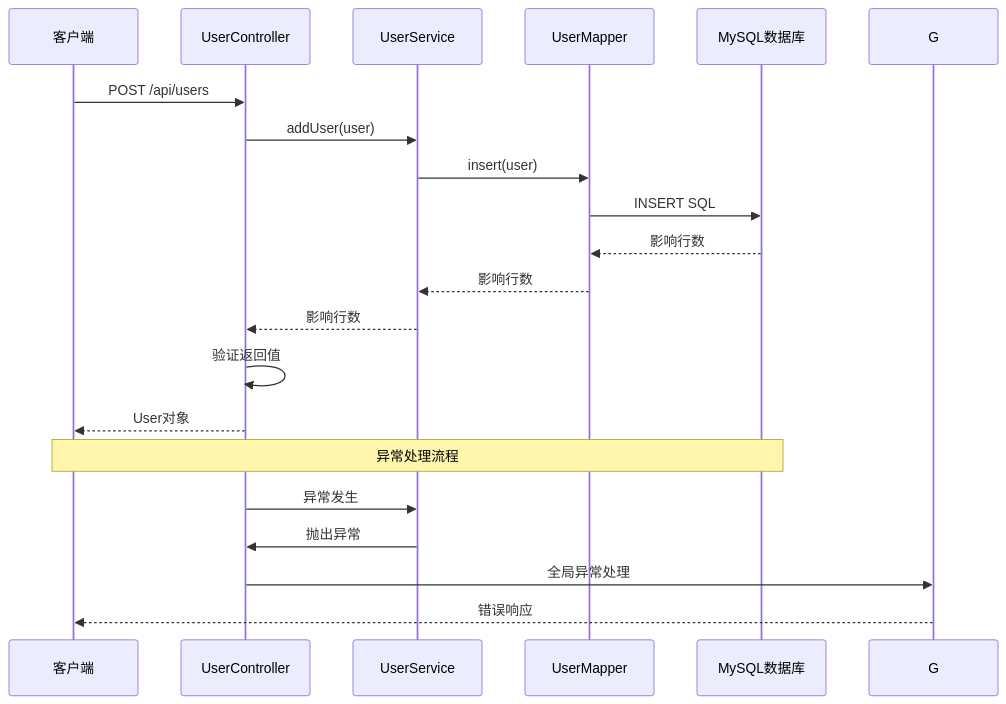
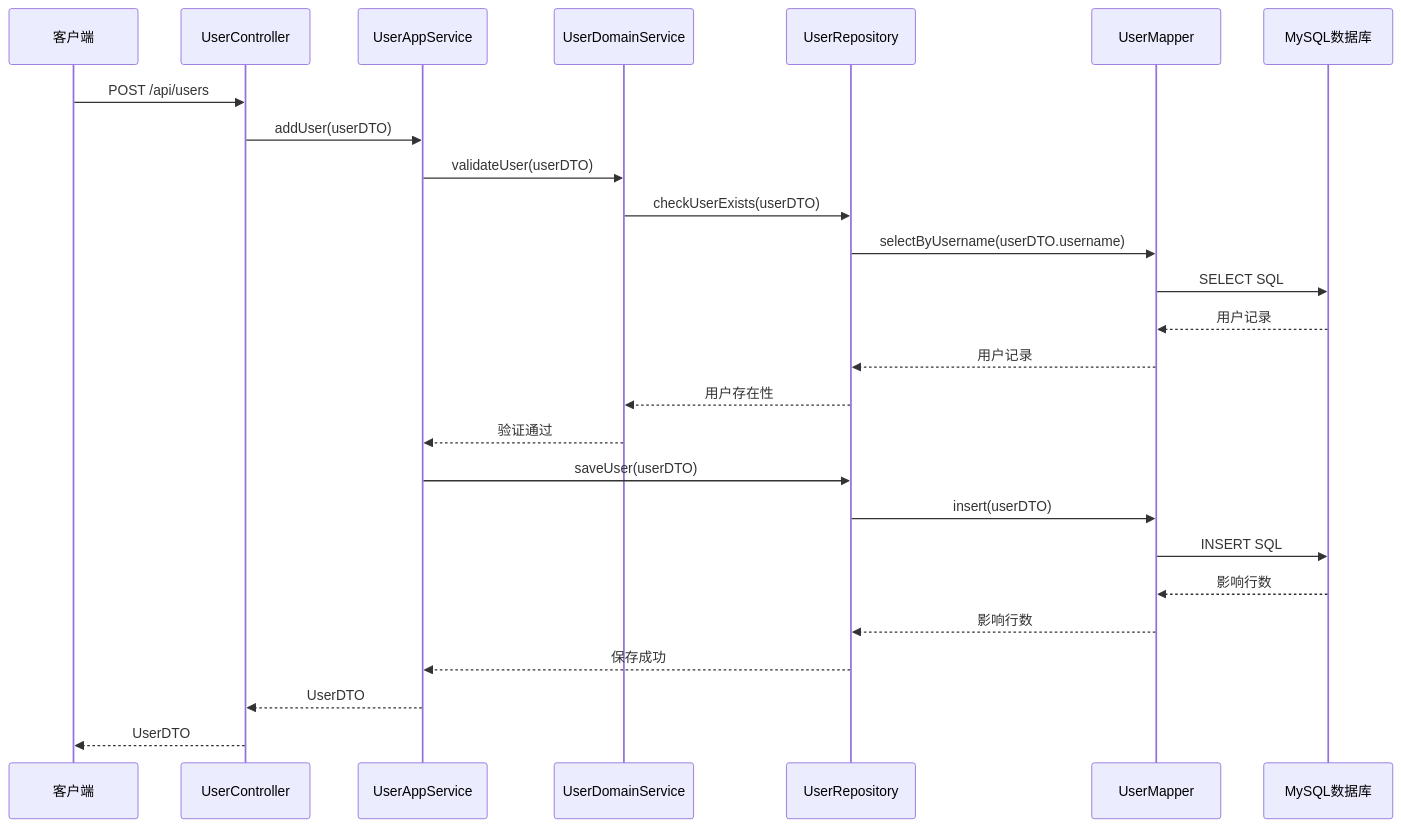
One commit to MessiHuangBin/Qoder changed the fourth of 6 diagrams in .qoder/repowiki/zh/content/开发指南/开发指南.md. Above: the diagram before and after it, drawn with Mermaid. The commit also changed other lines of this file and 1 other file, not shown here.

````diff
--- a/.qoder/repowiki/zh/content/开发指南/开发指南.md
+++ b/.qoder/repowiki/zh/content/开发指南/开发指南.md
@@ -215,22 +252,28 @@
 ```mermaid
 sequenceDiagram
 participant C as 客户端
-participant U as UserController
-participant S as UserService
-participant M as UserMapper
+participant UC as UserController
+participant US as UserAppService
+participant UD as UserDomainService
+participant UR as UserRepository
+participant UM as UserMapper
 participant DB as MySQL数据库
-C->>U : POST /api/users
-U->>S : addUser(user)
-S->>M : insert(user)
-M->>DB : INSERT SQL
-DB-->>M : 影响行数
-M-->>S : 影响行数
-S-->>U : 影响行数
-U->>U : 验证返回值
-U-->>C : User对象
-Note over C,DB : 异常处理流程
-U->>S : 异常发生
-S->>U : 抛出异常
-U->>G : 全局异常处理
-G-->>C : 错误响应
+C->>UC : POST /api/users
+UC->>US : addUser(userDTO)
+US->>UD : validateUser(userDTO)
+UD->>UR : checkUserExists(userDTO)
+UR->>UM : selectByUsername(userDTO.username)
+UM->>DB : SELECT SQL
+DB-->>UM : 用户记录
+UM-->>UR : 用户记录
+UR-->>UD : 用户存在性
+UD-->>US : 验证通过
+US->>UR : saveUser(userDTO)
+UR->>UM : insert(userDTO)
+UM->>DB : INSERT SQL
+DB-->>UM : 影响行数
+UM-->>UR : 影响行数
+UR-->>US : 保存成功
+US-->>UC : UserDTO
+UC-->>C : UserDTO
 ```
````
